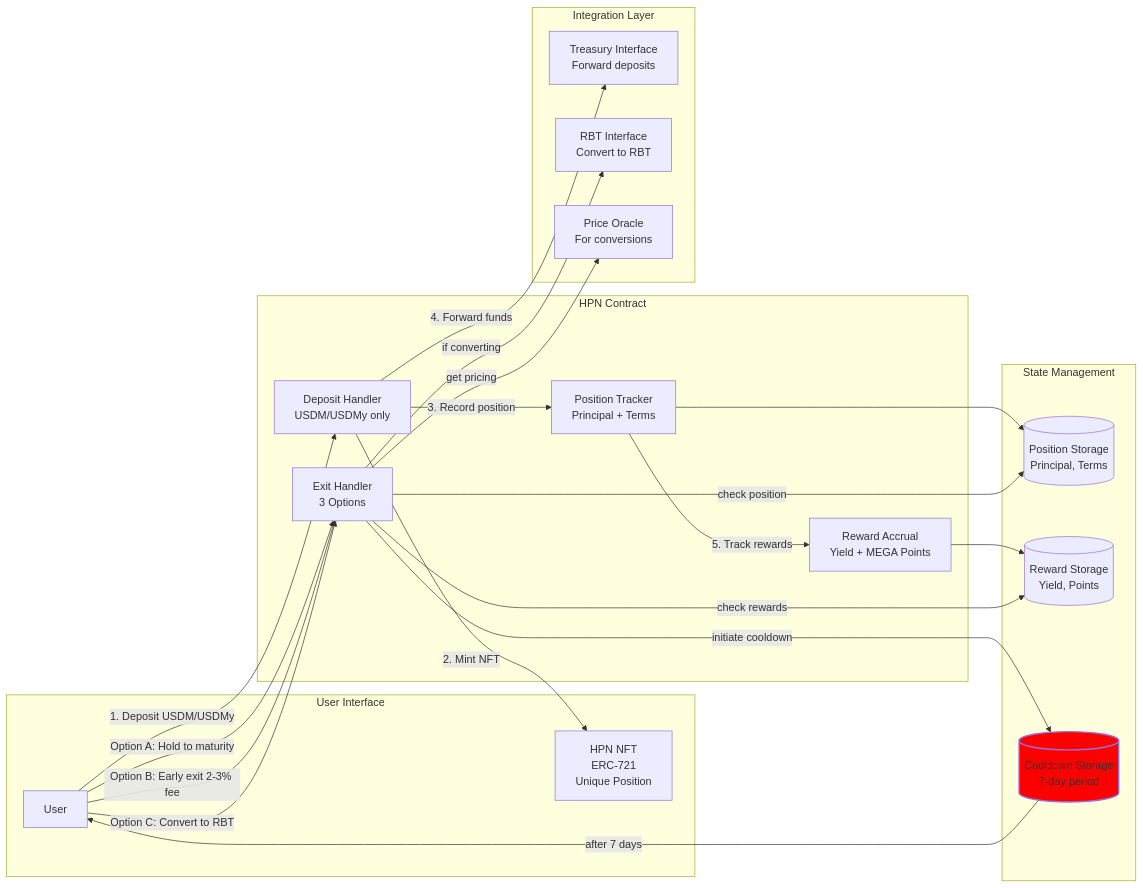
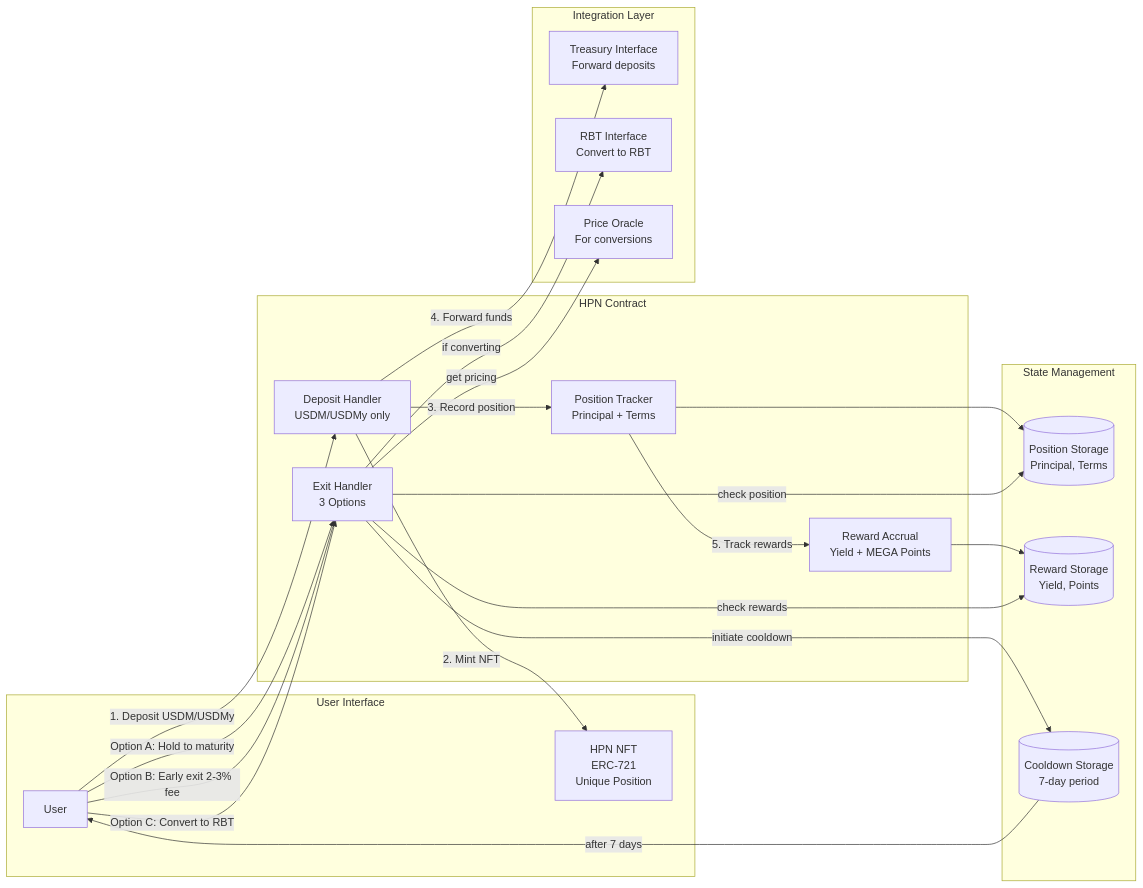
The fifth of 7 diagrams in blackhaven-architecture-diagrams.md (0xJaehaerys/ohmega), drawn with Mermaid before and after one commit. The commit also changed other lines of this file, not shown here.

Commit message:
Fix architecture diagrams: remove colors and invalid Note over syntax

````diff
--- a/blackhaven-architecture-diagrams.md
+++ b/blackhaven-architecture-diagrams.md
@@ -283,51 +281,49 @@
 ```mermaid
 graph LR
     subgraph "User Interface"
         USER[User]
         NFT[HPN NFT<br/>ERC-721<br/>Unique Position]
     end
     
     subgraph "HPN Contract"
         DEPOSIT_HANDLER[Deposit Handler<br/>USDM/USDMy only]
         POSITION_TRACKER[Position Tracker<br/>Principal + Terms]
         REWARD_ACCRUAL[Reward Accrual<br/>Yield + MEGA Points]
         EXIT_HANDLER[Exit Handler<br/>3 Options]
     end
     
     subgraph "State Management"
         POSITIONS[(Position Storage<br/>Principal, Terms)]
         REWARDS[(Reward Storage<br/>Yield, Points)]
         COOLDOWNS[(Cooldown Storage<br/>7-day period)]
     end
     
     subgraph "Integration Layer"
         TREASURY_INT[Treasury Interface<br/>Forward deposits]
         RBT_INT[RBT Interface<br/>Convert to RBT]
         ORACLE[Price Oracle<br/>For conversions]
     end
     
     USER -->|1. Deposit USDM/USDMy| DEPOSIT_HANDLER
     DEPOSIT_HANDLER -->|2. Mint NFT| NFT
     DEPOSIT_HANDLER -->|3. Record position| POSITION_TRACKER
     POSITION_TRACKER --> POSITIONS
     
     DEPOSIT_HANDLER -->|4. Forward funds| TREASURY_INT
     
     POSITION_TRACKER -->|5. Track rewards| REWARD_ACCRUAL
     REWARD_ACCRUAL --> REWARDS
     
     USER -->|Option A: Hold to maturity| EXIT_HANDLER
     USER -->|Option B: Early exit 2-3% fee| EXIT_HANDLER
     USER -->|Option C: Convert to RBT| EXIT_HANDLER
     
     EXIT_HANDLER -->|check position| POSITIONS
     EXIT_HANDLER -->|check rewards| REWARDS
     EXIT_HANDLER -->|initiate cooldown| COOLDOWNS
     
     EXIT_HANDLER -->|if converting| RBT_INT
     EXIT_HANDLER -->|get pricing| ORACLE
     
     COOLDOWNS -->|after 7 days| USER
-    
-    style COOLDOWNS fill:#f00,stroke-width:2px
 ```
````
